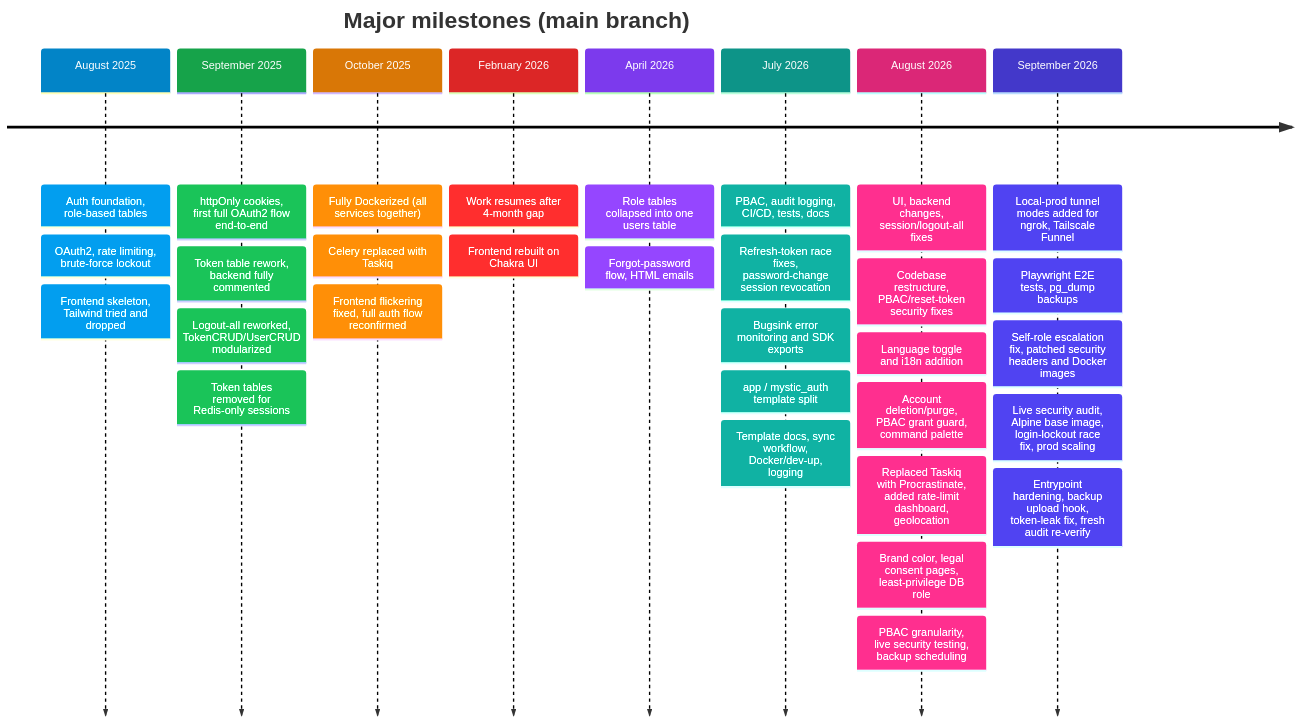
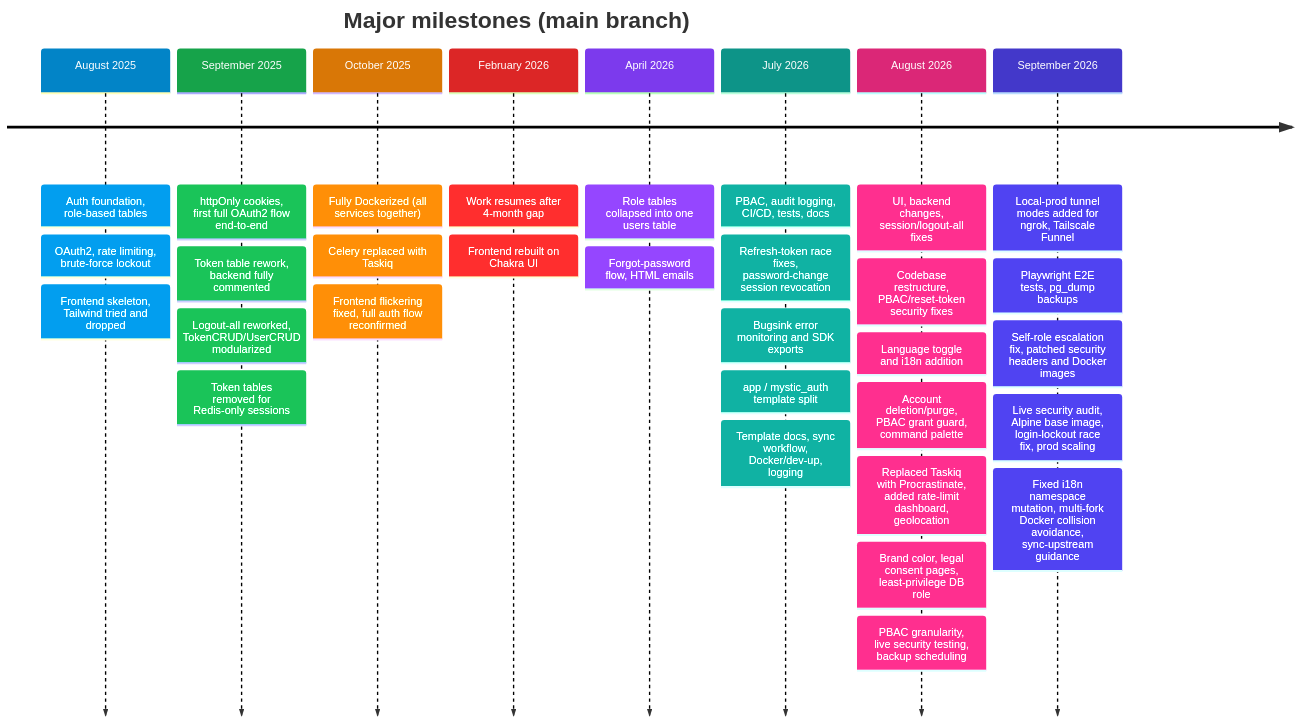
The diagram in docs/mystic_auth/project-story/timeline/README.md (Nachiket-2024/mystic-auth), drawn with Mermaid before and after one commit. The commit also changed other lines of this file and 34 other files, not shown here.

First line of the commit message:
Fixed i18n namespace mutation, parameterized Docker multi-fork collision avoidance, patched sync-upstream guidance

````diff
--- a/docs/mystic_auth/project-story/timeline/README.md
+++ b/docs/mystic_auth/project-story/timeline/README.md
@@ -34,36 +34,36 @@
 ```mermaid
 %%{init: {"themeVariables":{"fontSize":"16px","lineColor":"#334155","cScale0":"#0284c7","cScale1":"#16a34a","cScale2":"#d97706","cScale3":"#dc2626","cScale4":"#7c3aed","cScale5":"#0d9488","cScale6":"#db2777","cScale7":"#4338ca","cScaleLabel0":"#ffffff","cScaleLabel1":"#ffffff","cScaleLabel2":"#ffffff","cScaleLabel3":"#ffffff","cScaleLabel4":"#ffffff","cScaleLabel5":"#ffffff","cScaleLabel6":"#ffffff","cScaleLabel7":"#ffffff"}} }%%
 timeline
     title Major milestones (main branch)
     August 2025: Auth foundation, role-based tables
                 : OAuth2, rate limiting, brute-force lockout
                 : Frontend skeleton, Tailwind tried and dropped
     September 2025: httpOnly cookies, first full OAuth2 flow end-to-end
                    : Token table rework, backend fully commented
                    : Logout-all reworked, TokenCRUD/UserCRUD modularized
                    : Token tables removed for Redis-only sessions
     October 2025: Fully Dockerized (all services together)
                  : Celery replaced with Taskiq
                  : Frontend flickering fixed, full auth flow reconfirmed
     February 2026: Work resumes after 4-month gap
                   : Frontend rebuilt on Chakra UI
     April 2026: Role tables collapsed into one users table
                : Forgot-password flow, HTML emails
     July 2026: PBAC, audit logging, CI/CD, tests, docs
               : Refresh-token race fixes, password-change session revocation
               : Bugsink error monitoring and SDK exports
               : app / mystic_auth template split
               : Template docs, sync workflow, Docker/dev-up, logging
     August 2026: UI, backend changes, session/logout-all fixes
                 : Codebase restructure, PBAC/reset-token security fixes
                 : Language toggle and i18n addition
                 : Account deletion/purge, PBAC grant guard, command palette
                 : Replaced Taskiq with Procrastinate, added rate-limit dashboard, geolocation
                 : Brand color, legal consent pages, least-privilege DB role
                 : PBAC granularity, live security testing, backup scheduling
     September 2026: Local-prod tunnel modes added for ngrok, Tailscale Funnel
                    : Playwright E2E tests, pg_dump backups
                    : Self-role escalation fix, patched security headers and Docker images
                    : Live security audit, Alpine base image, login-lockout race fix, prod scaling
-                   : Entrypoint hardening, backup upload hook, token-leak fix, fresh audit re-verify
+                   : Fixed i18n namespace mutation, multi-fork Docker collision avoidance, sync-upstream guidance
 ```
````
